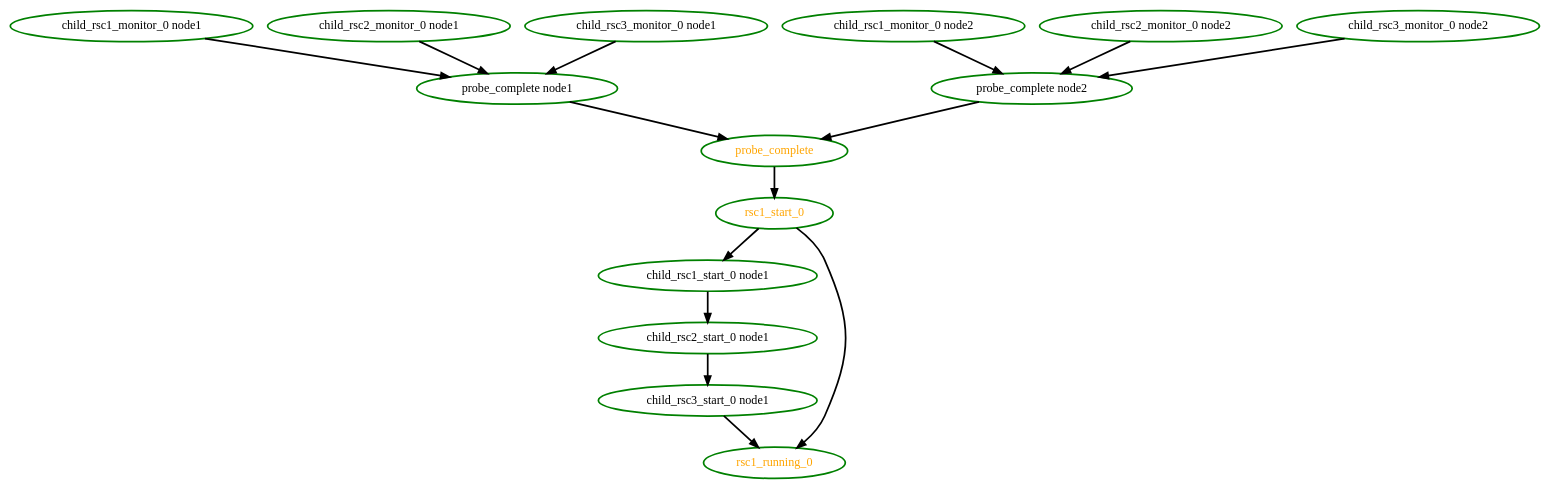
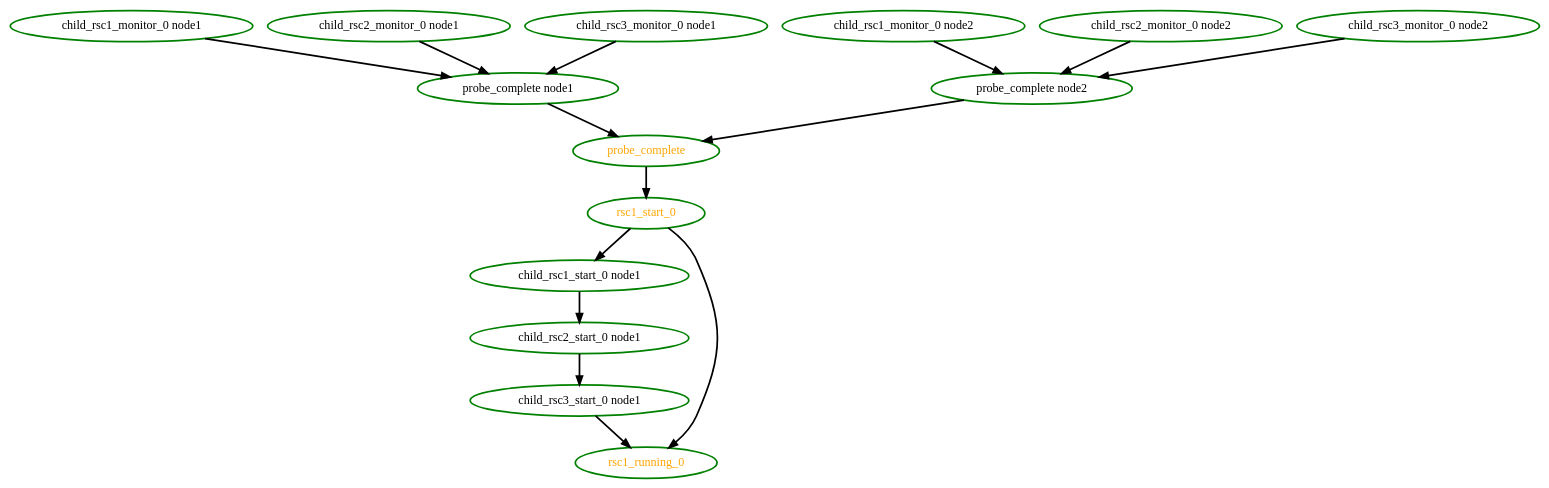
Before and after one commit to richiewen8/heartbeat: the diagram in crm/pengine/testcases/group1.dot, drawn with Graphviz. The commit also changed 176 other files, not shown here.

```diff
--- a/crm/pengine/testcases/group1.dot
+++ b/crm/pengine/testcases/group1.dot
@@ -1,31 +1,30 @@
-digraph "g" {
-	size = "30,30"
+ digraph "g" {
+"child_rsc1_monitor_0 node1" -> "probe_complete node1" [ style = bold]
+"child_rsc1_monitor_0 node1" [ style=bold color="green" fontcolor="black" ]
+"child_rsc1_monitor_0 node2" -> "probe_complete node2" [ style = bold]
+"child_rsc1_monitor_0 node2" [ style=bold color="green" fontcolor="black" ]
+"child_rsc1_start_0 node1" -> "child_rsc2_start_0 node1" [ style = bold]
+"child_rsc1_start_0 node1" [ style=bold color="green" fontcolor="black" ]
+"child_rsc2_monitor_0 node1" -> "probe_complete node1" [ style = bold]
+"child_rsc2_monitor_0 node1" [ style=bold color="green" fontcolor="black" ]
+"child_rsc2_monitor_0 node2" -> "probe_complete node2" [ style = bold]
+"child_rsc2_monitor_0 node2" [ style=bold color="green" fontcolor="black" ]
+"child_rsc2_start_0 node1" -> "child_rsc3_start_0 node1" [ style = bold]
+"child_rsc2_start_0 node1" [ style=bold color="green" fontcolor="black" ]
+"child_rsc3_monitor_0 node1" -> "probe_complete node1" [ style = bold]
+"child_rsc3_monitor_0 node1" [ style=bold color="green" fontcolor="black" ]
+"child_rsc3_monitor_0 node2" -> "probe_complete node2" [ style = bold]
+"child_rsc3_monitor_0 node2" [ style=bold color="green" fontcolor="black" ]
+"child_rsc3_start_0 node1" -> "rsc1_running_0" [ style = bold]
+"child_rsc3_start_0 node1" [ style=bold color="green" fontcolor="black" ]
+"probe_complete node1" -> "probe_complete" [ style = bold]
+"probe_complete node1" [ style=bold color="green" fontcolor="black" ]
+"probe_complete node2" -> "probe_complete" [ style = bold]
+"probe_complete node2" [ style=bold color="green" fontcolor="black" ]
+"probe_complete" -> "rsc1_start_0" [ style = bold]
 "probe_complete" [ style=bold color="green" fontcolor="orange" ]
-"probe_complete node1" [ style=bold color="green" fontcolor="black" ]
-"child_rsc1_monitor_0 node1" [ style=bold color="green" fontcolor="black" ]
-"child_rsc2_monitor_0 node1" [ style=bold color="green" fontcolor="black" ]
-"child_rsc3_monitor_0 node1" [ style=bold color="green" fontcolor="black" ]
-"probe_complete node2" [ style=bold color="green" fontcolor="black" ]
-"child_rsc1_monitor_0 node2" [ style=bold color="green" fontcolor="black" ]
-"child_rsc2_monitor_0 node2" [ style=bold color="green" fontcolor="black" ]
-"child_rsc3_monitor_0 node2" [ style=bold color="green" fontcolor="black" ]
-"child_rsc3_start_0 node1" [ style=bold color="green" fontcolor="black" ]
-"child_rsc2_start_0 node1" [ style=bold color="green" fontcolor="black" ]
-"child_rsc1_start_0 node1" [ style=bold color="green" fontcolor="black" ]
+"rsc1_running_0" [ style=bold color="green" fontcolor="orange" ]
+"rsc1_start_0" -> "child_rsc1_start_0 node1" [ style = bold]
+"rsc1_start_0" -> "rsc1_running_0" [ style = bold]
 "rsc1_start_0" [ style=bold color="green" fontcolor="orange" ]
-"rsc1_running_0" [ style=bold color="green" fontcolor="orange" ]
-"probe_complete node1" -> "probe_complete" [ style = bold]
-"probe_complete node2" -> "probe_complete" [ style = bold]
-"child_rsc1_monitor_0 node1" -> "probe_complete node1" [ style = bold]
-"child_rsc2_monitor_0 node1" -> "probe_complete node1" [ style = bold]
-"child_rsc3_monitor_0 node1" -> "probe_complete node1" [ style = bold]
-"child_rsc1_monitor_0 node2" -> "probe_complete node2" [ style = bold]
-"child_rsc2_monitor_0 node2" -> "probe_complete node2" [ style = bold]
-"child_rsc3_monitor_0 node2" -> "probe_complete node2" [ style = bold]
-"child_rsc2_start_0 node1" -> "child_rsc3_start_0 node1" [ style = bold]
-"child_rsc1_start_0 node1" -> "child_rsc2_start_0 node1" [ style = bold]
-"rsc1_start_0" -> "child_rsc1_start_0 node1" [ style = bold]
-"probe_complete" -> "rsc1_start_0" [ style = bold]
-"child_rsc3_start_0 node1" -> "rsc1_running_0" [ style = bold]
-"rsc1_start_0" -> "rsc1_running_0" [ style = bold]
 }
```
